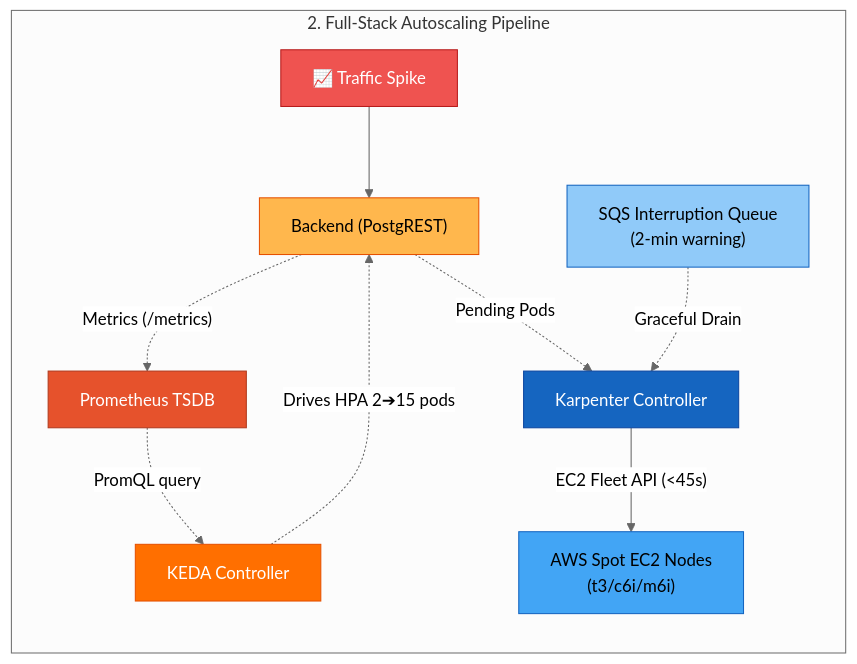
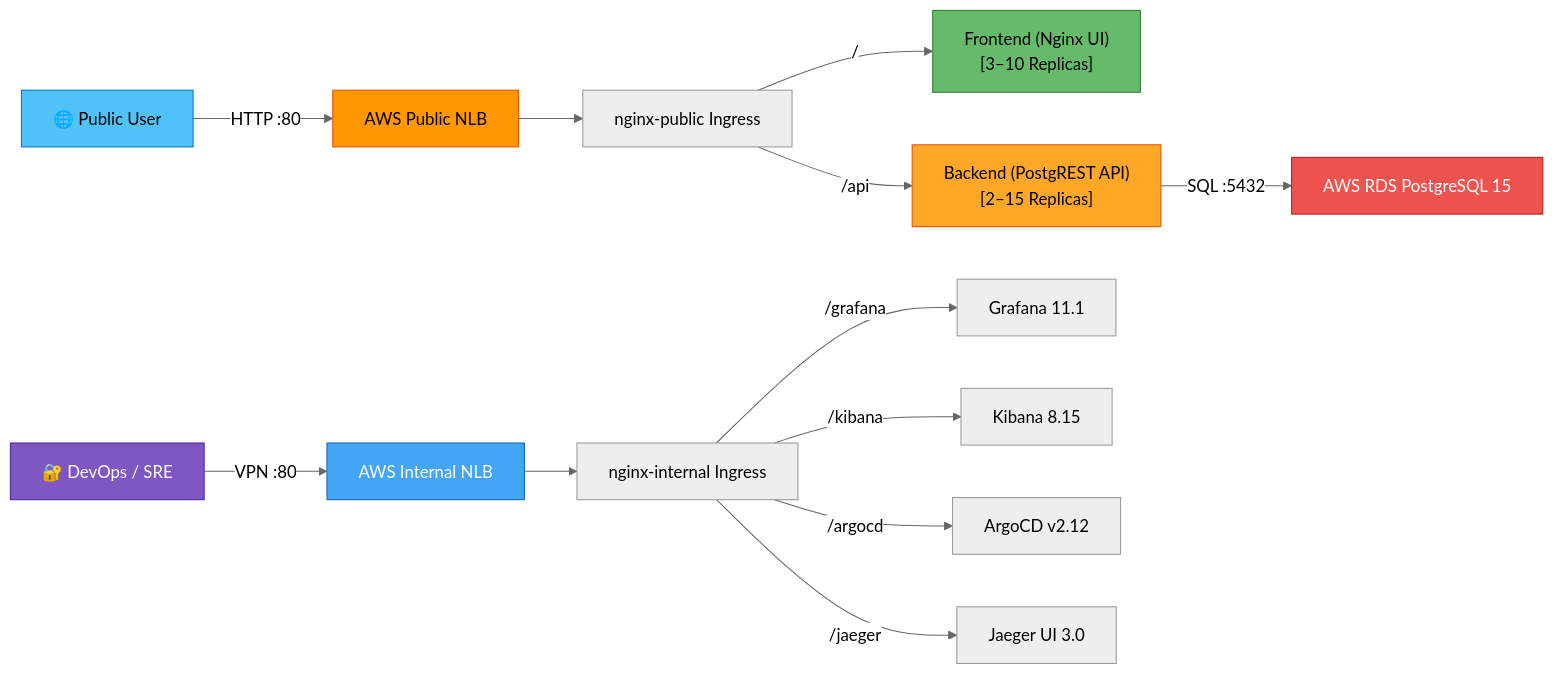
One commit to AdastraGupta/3-tier-k8s-project changed the second of 4 diagrams in README.md. Above: the diagram before and after it, drawn with Mermaid (neutral theme). The commit also changed other lines of this file, not shown here.

Commit message:
docs: simplify and restructure architecture diagram into 4-tier overview and 3 focused subsystem flows

````diff
--- a/README.md
+++ b/README.md
@@ -127,19 +181,23 @@
 ```mermaid
 graph LR
-    subgraph "2. Full-Stack Autoscaling Pipeline"
-        Traffic["📈 Traffic Spike"] --> Backend["Backend (PostgREST)"]
-        Backend -.->|"Metrics (/metrics)"| Prom["Prometheus TSDB"]
-        Prom -.->|"PromQL query"| KEDA["KEDA Controller"]
-        KEDA -.->|"Drives HPA 2➔15 pods"| Backend
-        Backend -.->|"Pending Pods"| Karpenter["Karpenter Controller"]
-        Karpenter -->|"EC2 Fleet API (<45s)"| AWS["AWS Spot EC2 Nodes\n(t3/c6i/m6i)"]
-        SQS["SQS Interruption Queue\n(2-min warning)"] -.->|"Graceful Drain"| Karpenter
-    end
-    style Traffic fill:#EF5350,stroke:#B71C1C,color:#fff
-    style Backend fill:#FFB74D,stroke:#E65100,color:#000
-    style Prom fill:#E6522C,stroke:#B13A1E,color:#fff
-    style KEDA fill:#FF6F00,stroke:#E65100,color:#fff
-    style Karpenter fill:#1565C0,stroke:#0D47A1,color:#fff
-    style AWS fill:#42A5F5,stroke:#1565C0,color:#000
-    style SQS fill:#90CAF9,stroke:#1565C0,color:#000
+    User["🌐 Public User"] -->|"HTTP :80"| PUB_NLB["AWS Public NLB"]
+    PUB_NLB --> ING_PUB["nginx-public Ingress"]
+    ING_PUB -->|"/"| FE["Frontend (Nginx UI)\n[3–10 Replicas]"]
+    ING_PUB -->|"/api"| BE["Backend (PostgREST API)\n[2–15 Replicas]"]
+    BE -->|"SQL :5432"| RDS["AWS RDS PostgreSQL 15"]
+
+    DevOps["🔐 DevOps / SRE"] -->|"VPN :80"| INT_NLB["AWS Internal NLB"]
+    INT_NLB --> ING_INT["nginx-internal Ingress"]
+    ING_INT -->|"/grafana"| GRAF["Grafana 11.1"]
+    ING_INT -->|"/kibana"| KB["Kibana 8.15"]
+    ING_INT -->|"/argocd"| ARGO["ArgoCD v2.12"]
+    ING_INT -->|"/jaeger"| JG["Jaeger UI 3.0"]
+
+    style User fill:#4FC3F7,stroke:#0277BD,color:#000
+    style DevOps fill:#7E57C2,stroke:#4527A0,color:#fff
+    style PUB_NLB fill:#FF9800,stroke:#E65100,color:#000
+    style INT_NLB fill:#42A5F5,stroke:#1565C0,color:#fff
+    style FE fill:#66BB6A,stroke:#2E7D32,color:#000
+    style BE fill:#FFA726,stroke:#E65100,color:#000
+    style RDS fill:#EF5350,stroke:#B71C1C,color:#fff
 ```
````
